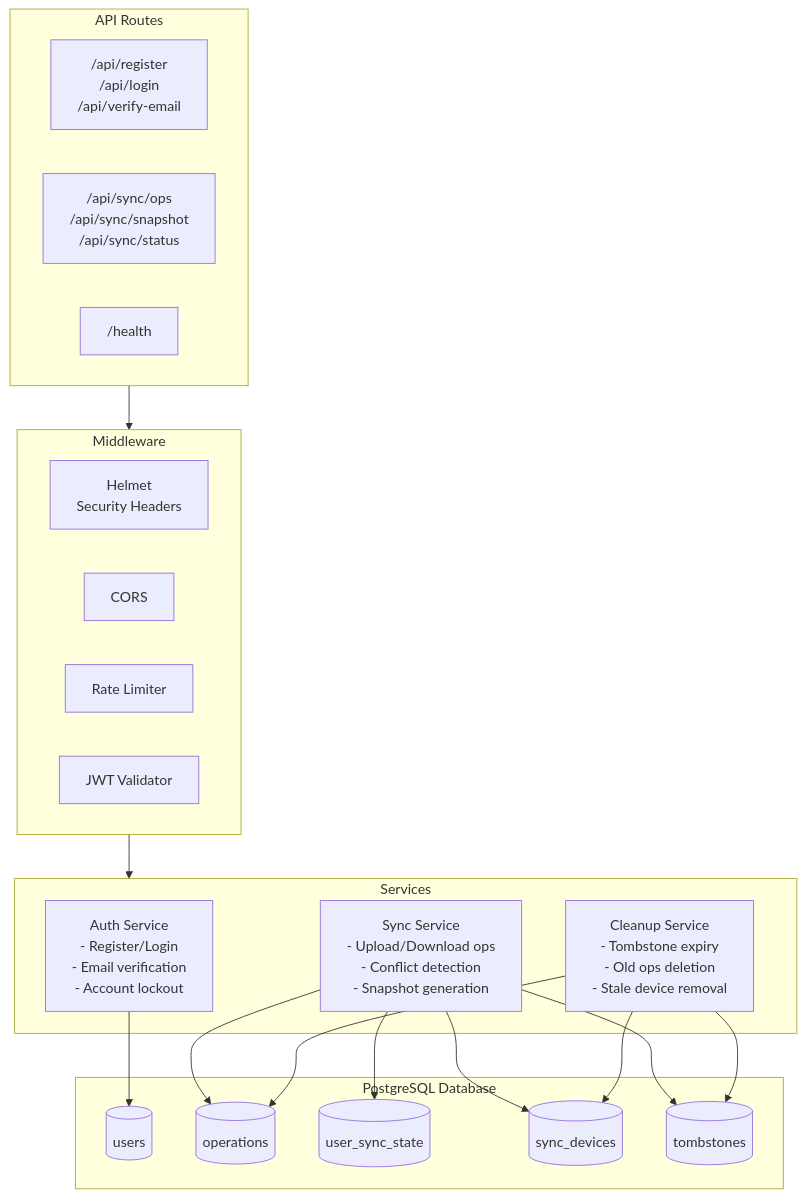
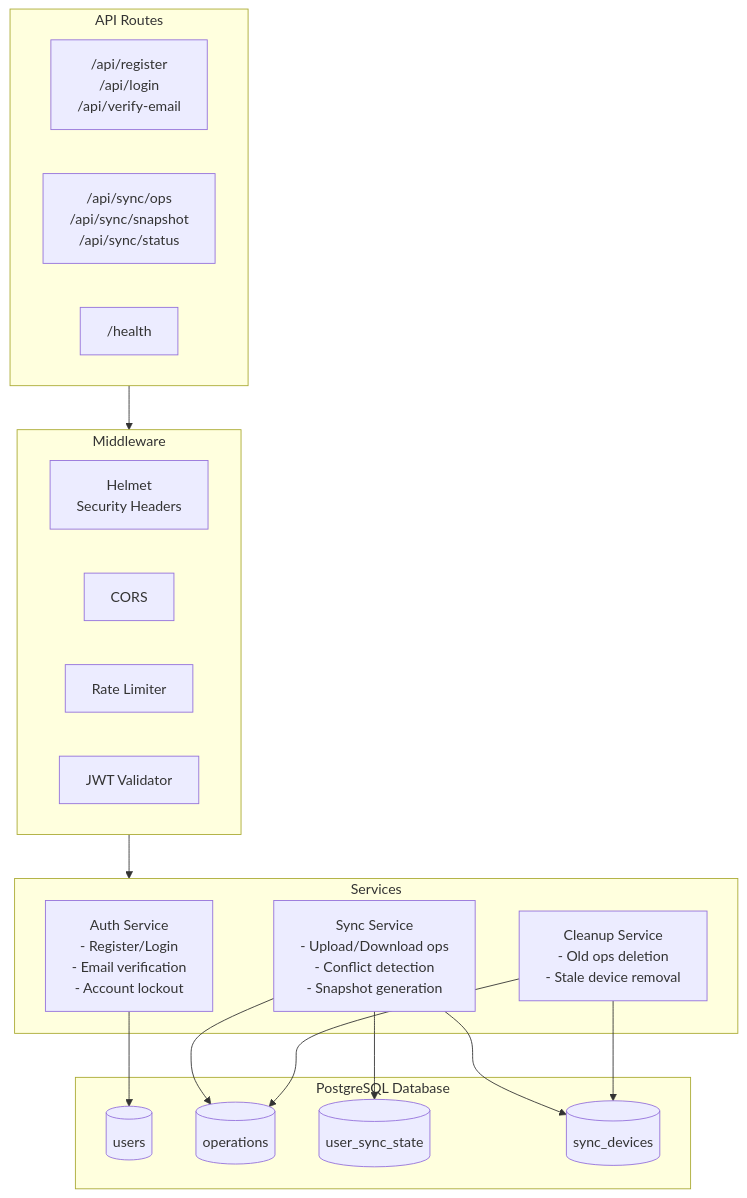
One commit to johannesjo/super-productivity changed the second of 29 diagrams in packages/super-sync-server/sync-server-architecture-diagrams.md. Above: the diagram before and after it, drawn with Mermaid. The commit also changed other lines of this file and 5 other files, not shown here.

````diff
--- a/packages/super-sync-server/sync-server-architecture-diagrams.md
+++ b/packages/super-sync-server/sync-server-architecture-diagrams.md
@@ -39,40 +39,37 @@
 ```mermaid
 flowchart TB
     subgraph Routes["API Routes"]
         AuthR["/api/register<br/>/api/login<br/>/api/verify-email"]
         SyncR["/api/sync/ops<br/>/api/sync/snapshot<br/>/api/sync/status"]
         Health["/health"]
     end
 
     subgraph Middleware
         Helmet[Helmet<br/>Security Headers]
         CORS[CORS]
         RateLimit[Rate Limiter]
         JWTAuth[JWT Validator]
     end
 
     subgraph Services
         AuthS[Auth Service<br/>- Register/Login<br/>- Email verification<br/>- Account lockout]
         SyncS[Sync Service<br/>- Upload/Download ops<br/>- Conflict detection<br/>- Snapshot generation]
-        CleanupS[Cleanup Service<br/>- Tombstone expiry<br/>- Old ops deletion<br/>- Stale device removal]
+        CleanupS[Cleanup Service<br/>- Old ops deletion<br/>- Stale device removal]
     end
 
     subgraph Database["PostgreSQL Database"]
         Users[(users)]
         Ops[(operations)]
         SyncState[(user_sync_state)]
         Devices[(sync_devices)]
-        Tombstones[(tombstones)]
     end
 
     Routes --> Middleware
     Middleware --> Services
     AuthS --> Users
     SyncS --> Ops
     SyncS --> SyncState
     SyncS --> Devices
-    SyncS --> Tombstones
     CleanupS --> Ops
     CleanupS --> Devices
-    CleanupS --> Tombstones
 ```
````
